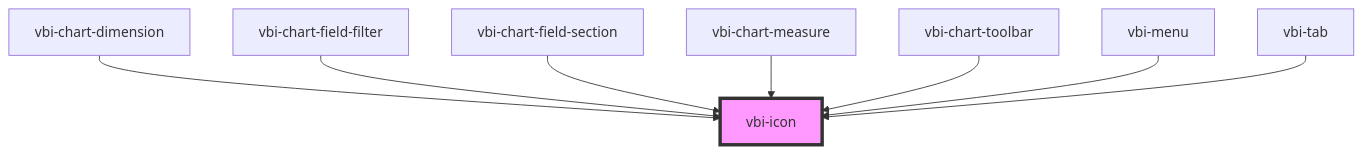
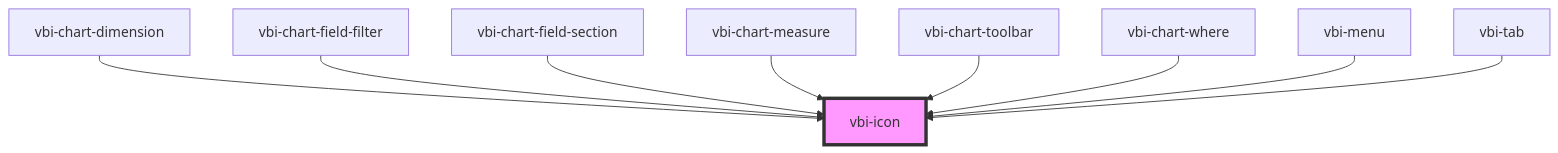
Before and after one commit to Ditto190/VBI-modme: the diagram in packages/vbi-component/src/components/ui/vbi-icon/readme.md, drawn with Mermaid. The commit also changed other lines of this file and 21 other files, not shown here.

````diff
--- a/packages/vbi-component/src/components/ui/vbi-icon/readme.md
+++ b/packages/vbi-component/src/components/ui/vbi-icon/readme.md
@@ -30,11 +31,12 @@
 ```mermaid
 graph TD;
   vbi-chart-dimension --> vbi-icon
   vbi-chart-field-filter --> vbi-icon
   vbi-chart-field-section --> vbi-icon
   vbi-chart-measure --> vbi-icon
   vbi-chart-toolbar --> vbi-icon
+  vbi-chart-where --> vbi-icon
   vbi-menu --> vbi-icon
   vbi-tab --> vbi-icon
   style vbi-icon fill:#f9f,stroke:#333,stroke-width:4px
 ```
````
